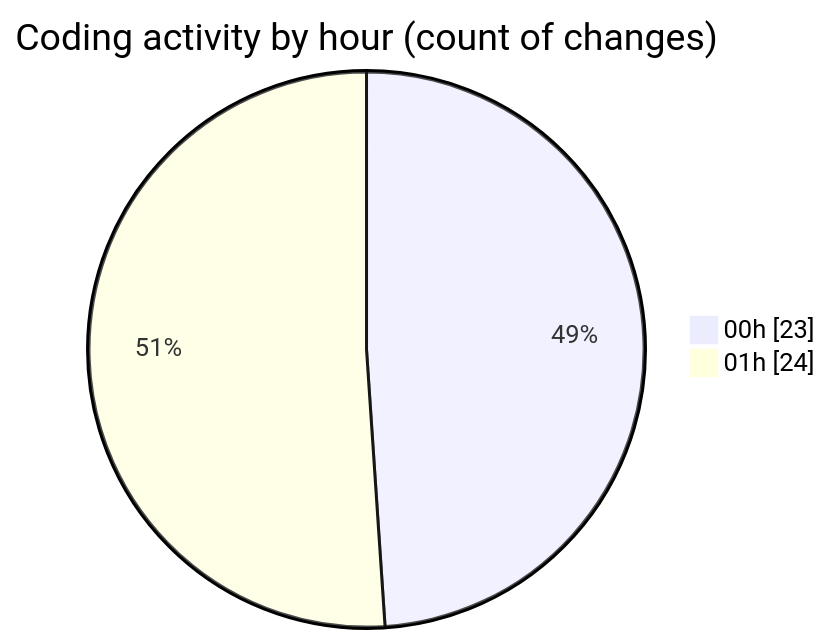
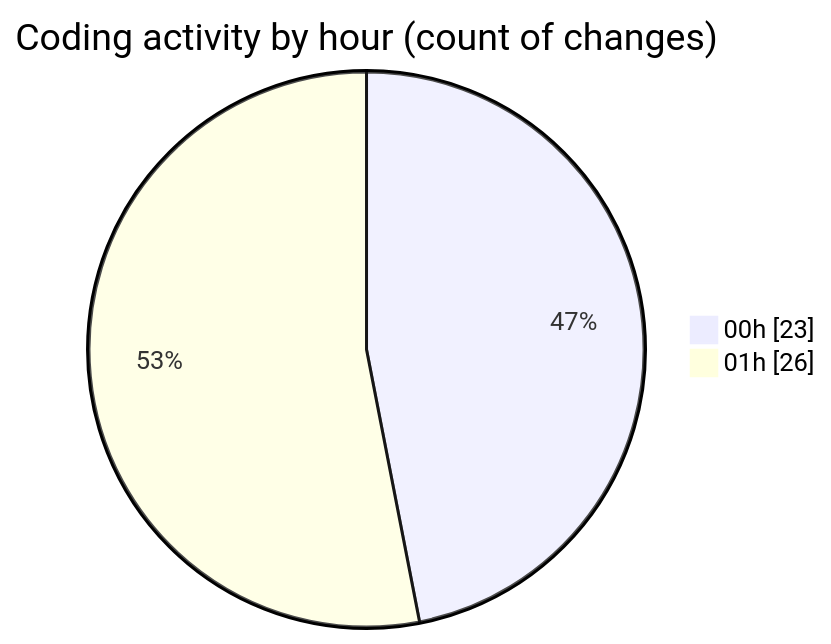
Before and after one commit to donsfak/code-tracking: the second of 2 diagrams in 2025-10-20/weather_insights_app/README.md, drawn with Mermaid. The commit also changed other lines of this file and 1 other file, not shown here.

````diff
--- a/2025-10-20/weather_insights_app/README.md
+++ b/2025-10-20/weather_insights_app/README.md
@@ -39,6 +39,6 @@
 ```mermaid
 pie showData
 title Coding activity by hour (count of changes)
 "00h" : 23
-"01h" : 24
+"01h" : 26
 ```
````
